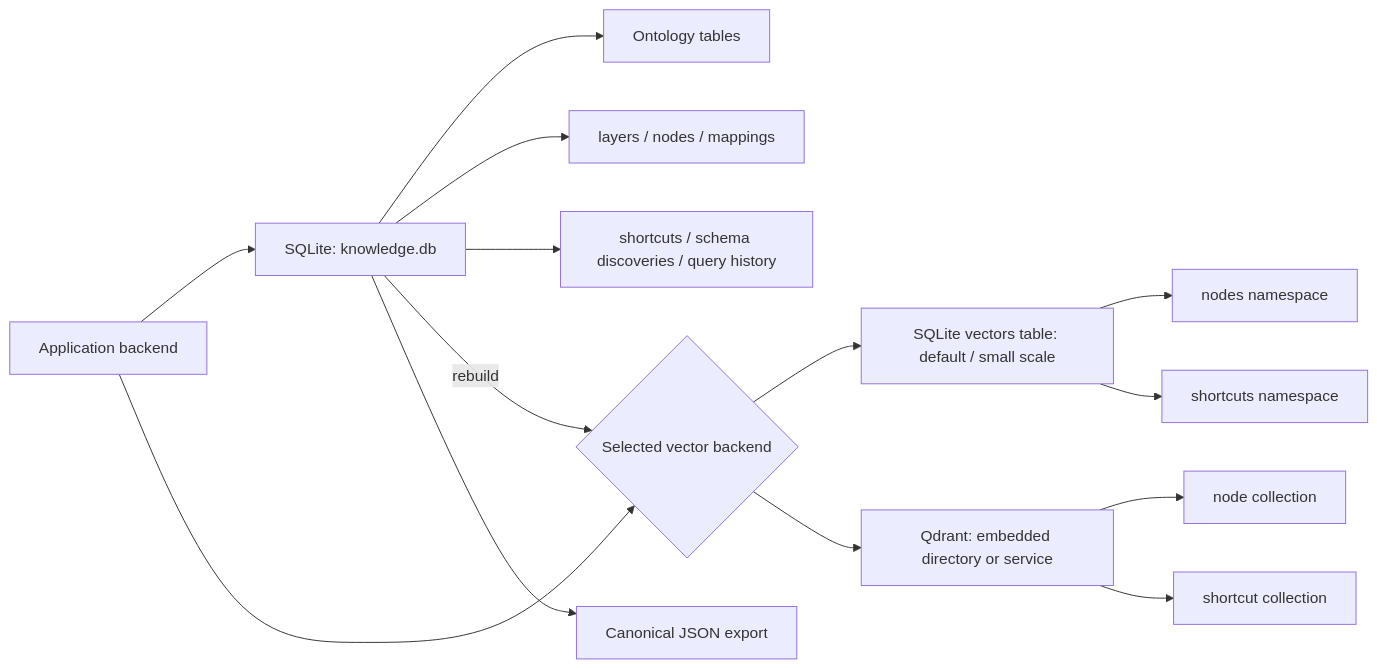
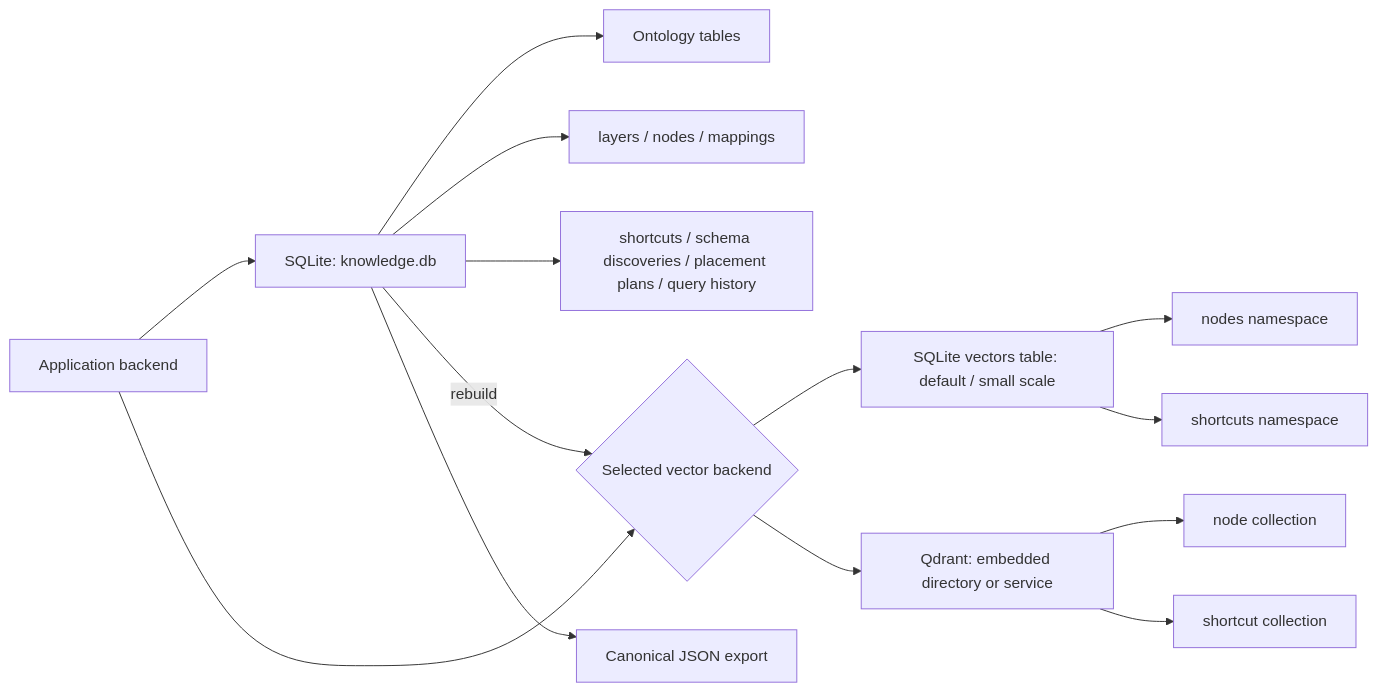
One commit to rsb0328/an-essay-concerning-llm-understanding changed the second of 3 diagrams in README.md. Above: the diagram before and after it, drawn with Mermaid. The commit also changed other lines of this file and 14 other files, not shown here.

````diff
--- a/README.md
+++ b/README.md
@@ -213,18 +222,18 @@
 ```mermaid
 flowchart LR
     APP["Application backend"] --> DB["SQLite: knowledge.db"]
     DB --> T1["Ontology tables"]
     DB --> T2["layers / nodes / mappings"]
-    DB --> T3["shortcuts / schema discoveries / query history"]
+    DB --> T3["shortcuts / schema discoveries / placement plans / query history"]
 
     APP --> VS{"Selected vector backend"}
     VS --> SV["SQLite vectors table: default / small scale"]
     VS --> QD["Qdrant: embedded directory or service"]
     SV --> VN["nodes namespace"]
     SV --> VP["shortcuts namespace"]
     QD --> VN2["node collection"]
     QD --> VP2["shortcut collection"]
 
     DB -->|"rebuild"| VS
     DB --> EX["Canonical JSON export"]
 ```
````
